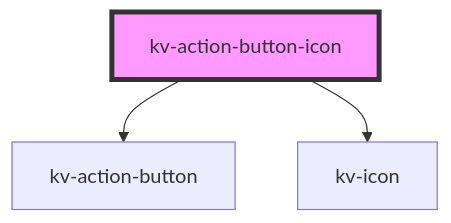
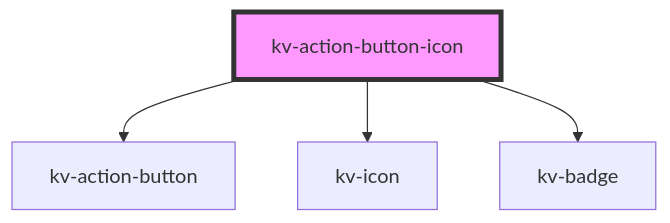
Before and after one commit to kelvininc/ui-components: the diagram in packages/ui-components/src/components/action-button-icon/readme.md, drawn with Mermaid. The commit also changed other lines of this file and 29 other files, not shown here.

````diff
--- a/packages/ui-components/src/components/action-button-icon/readme.md
+++ b/packages/ui-components/src/components/action-button-icon/readme.md
@@ -97,6 +115,7 @@
 ```mermaid
 graph TD;
   kv-action-button-icon --> kv-action-button
   kv-action-button-icon --> kv-icon
+  kv-action-button-icon --> kv-badge
   style kv-action-button-icon fill:#f9f,stroke:#333,stroke-width:4px
 ```
````
